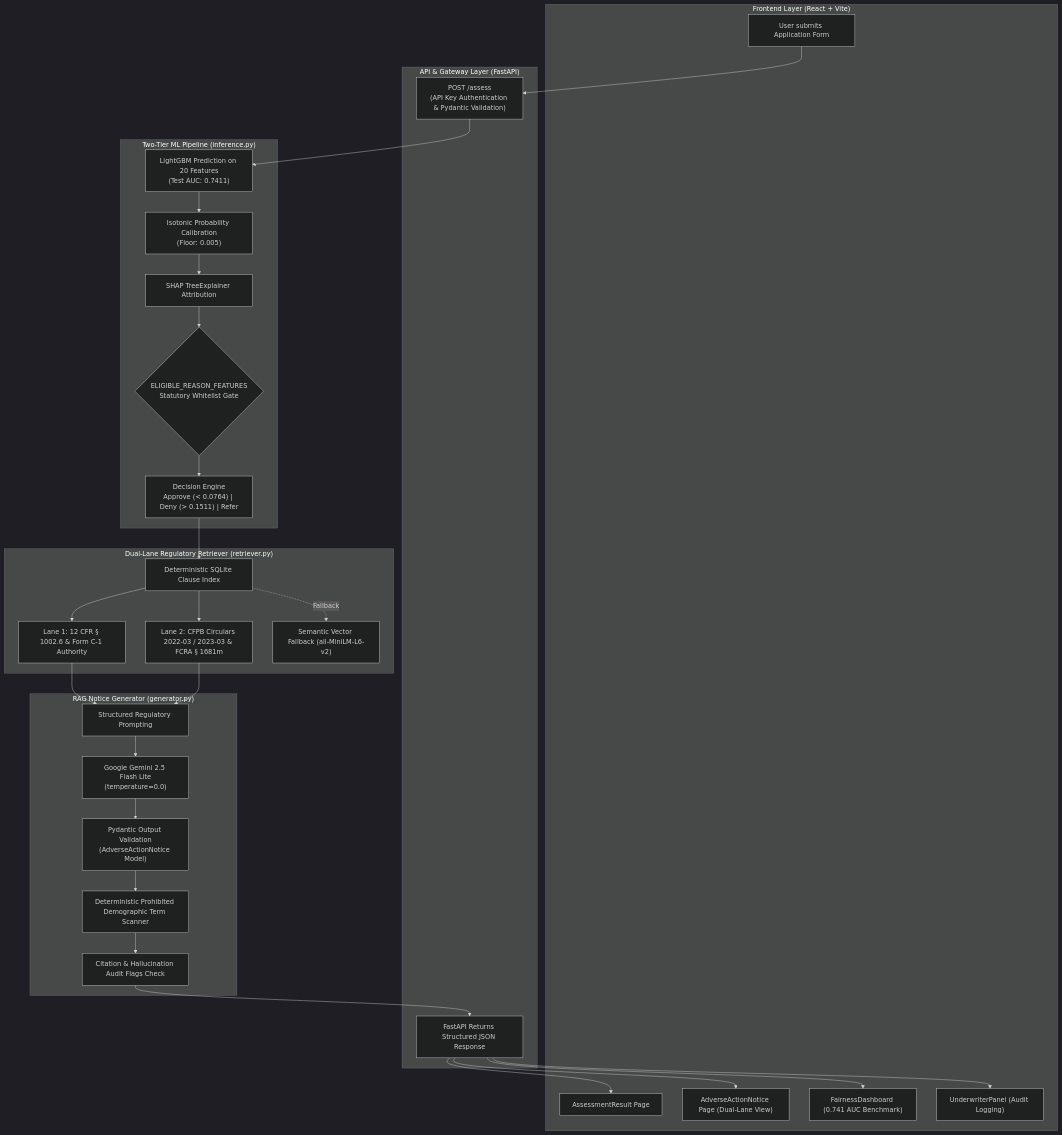
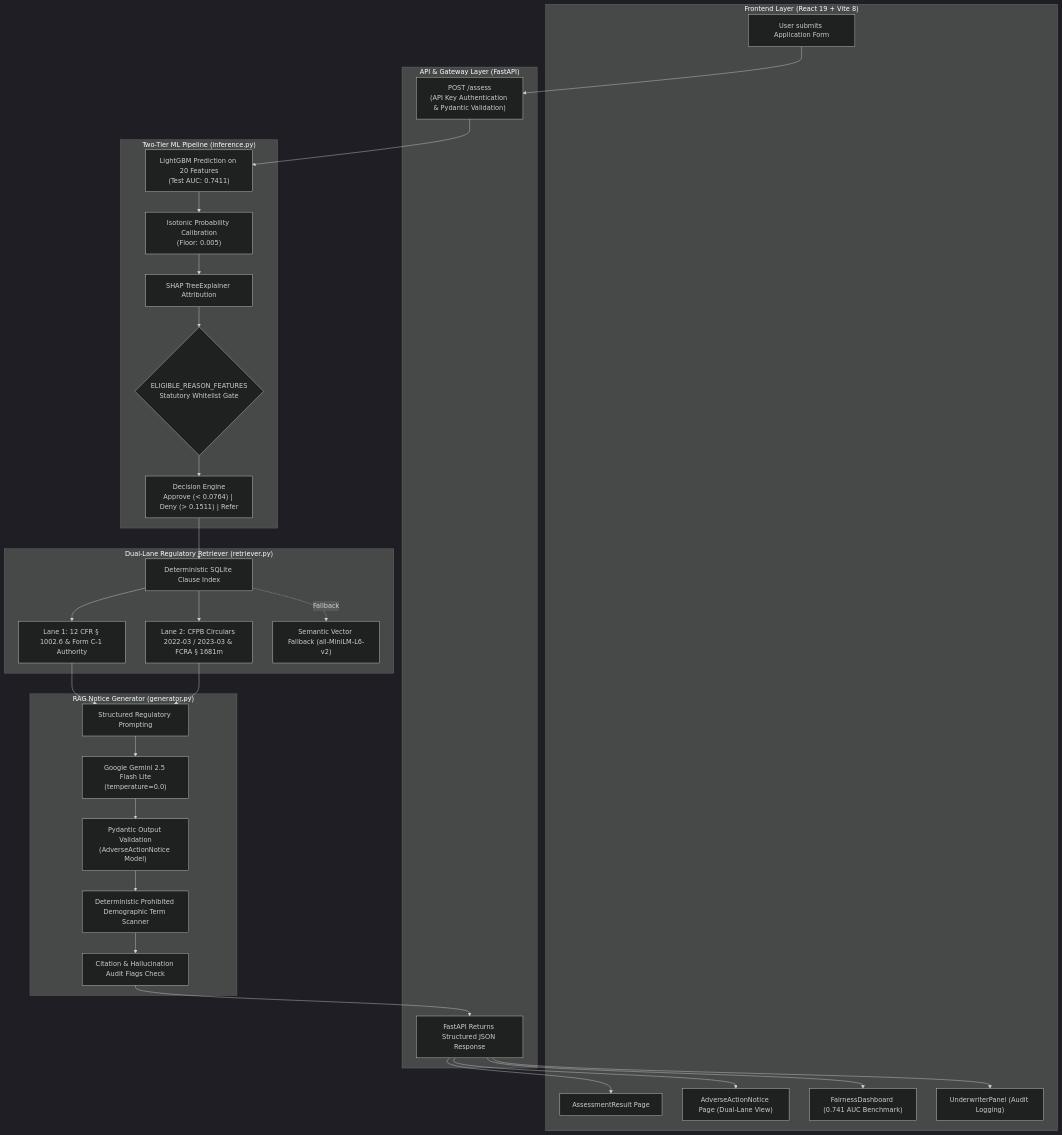
The first of 2 diagrams in docs/architecture.md (Param-Patel-o5/ai-financial-inclusion-risk-assessment), drawn with Mermaid (dark theme) before and after one commit. The commit also changed other lines of this file and 2 other files, not shown here.

````diff
--- a/docs/architecture.md
+++ b/docs/architecture.md
@@ -9,61 +9,61 @@
 ```mermaid
 flowchart TD
-    subgraph Frontend ["Frontend Layer (React + Vite)"]
+    subgraph Frontend ["Frontend Layer (React 19 + Vite 8)"]
         UI["User submits Application Form"]
         AR["AssessmentResult Page"]
         AAN["AdverseActionNotice Page (Dual-Lane View)"]
         FD["FairnessDashboard (0.741 AUC Benchmark)"]
         UP["UnderwriterPanel (Audit Logging)"]
     end
 
     subgraph API ["API & Gateway Layer (FastAPI)"]
         POST["POST /assess<br/>(API Key Authentication & Pydantic Validation)"]
         RESP["FastAPI Returns Structured JSON Response"]
     end
 
     subgraph ML ["Two-Tier ML Pipeline (inference.py)"]
         LGBM["LightGBM Prediction on 20 Features<br/>(Test AUC: 0.7411)"]
         ISO["Isotonic Probability Calibration<br/>(Floor: 0.005)"]
         SHAP["SHAP TreeExplainer Attribution"]
         GATE{"ELIGIBLE_REASON_FEATURES<br/>Statutory Whitelist Gate"}
         DEC["Decision Engine<br/>Approve (< 0.0764) | Deny (> 0.1511) | Refer"]
     end
 
     subgraph RAG_Retriever ["Dual-Lane Regulatory Retriever (retriever.py)"]
         SQL["Deterministic SQLite Clause Index"]
         L1["Lane 1: 12 CFR § 1002.6 & Form C-1 Authority"]
         L2["Lane 2: CFPB Circulars 2022-03 / 2023-03 & FCRA § 1681m"]
         VEC["Semantic Vector Fallback (all-MiniLM-L6-v2)"]
     end
 
     subgraph RAG_Generator ["RAG Notice Generator (generator.py)"]
         PROMPT["Structured Regulatory Prompting"]
         GEMINI["Google Gemini 2.5 Flash Lite<br/>(temperature=0.0)"]
         PYD["Pydantic Output Validation<br/>(AdverseActionNotice Model)"]
         SCAN["Deterministic Prohibited Demographic Term Scanner"]
         AUDIT["Citation & Hallucination Audit Flags Check"]
     end
 
     %% Flow connections
     UI --> POST
     POST --> LGBM
     LGBM --> ISO
     ISO --> SHAP
     SHAP --> GATE
     GATE --> DEC
     DEC --> SQL
     SQL --> L1
     SQL --> L2
     SQL -. Fallback .-> VEC
     L1 --> PROMPT
     L2 --> PROMPT
     PROMPT --> GEMINI
     GEMINI --> PYD
     PYD --> SCAN
     SCAN --> AUDIT
     AUDIT --> RESP
     RESP --> AR
     RESP --> AAN
     RESP --> FD
     RESP --> UP
 ```
````
